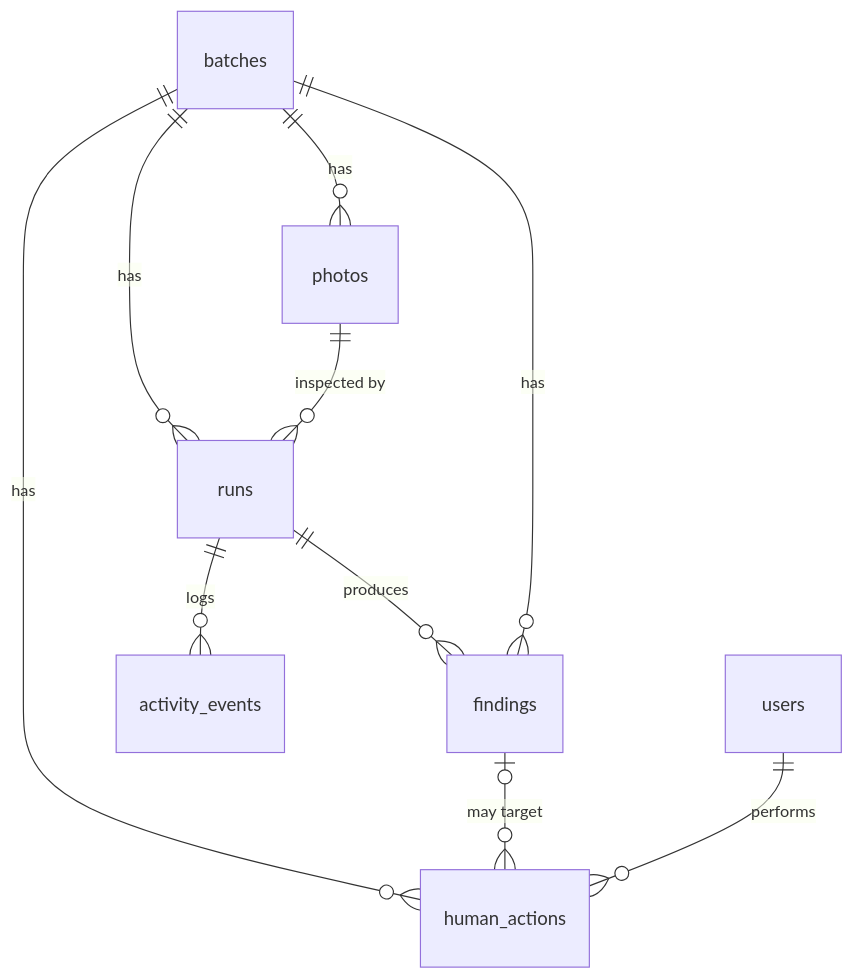
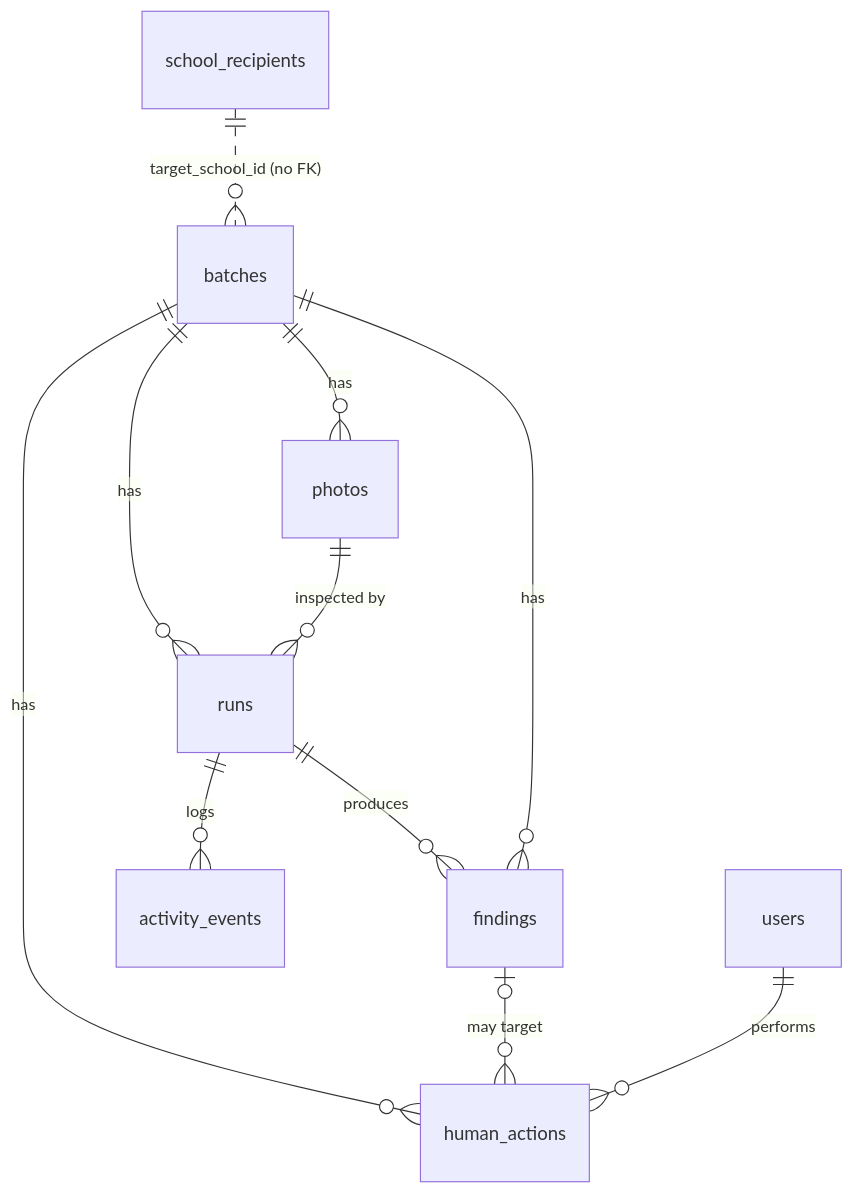
One commit to zayedrmdn/dapur-aman changed the third of 3 diagrams in README.id.md. Above: the diagram before and after it, drawn with Mermaid. The commit also changed other lines of this file and 1 other file, not shown here.

````diff
--- a/README.id.md
+++ b/README.id.md
@@ -341,12 +348,13 @@
 ```mermaid
 erDiagram
-  batches ||--o{ photos : has
-  batches ||--o{ runs : has
+  batches ||--o{ photos : "has"
+  batches ||--o{ runs : "has"
   photos ||--o{ runs : "inspected by"
-  runs ||--o{ findings : produces
-  batches ||--o{ findings : has
-  runs ||--o{ activity_events : logs
-  batches ||--o{ human_actions : has
+  runs ||--o{ findings : "produces"
+  batches ||--o{ findings : "has"
+  runs ||--o{ activity_events : "logs"
+  batches ||--o{ human_actions : "has"
   findings |o--o{ human_actions : "may target"
-  users ||--o{ human_actions : performs
+  users ||--o{ human_actions : "performs"
+  school_recipients ||..o{ batches : "target_school_id (no FK)"
 ```
````
